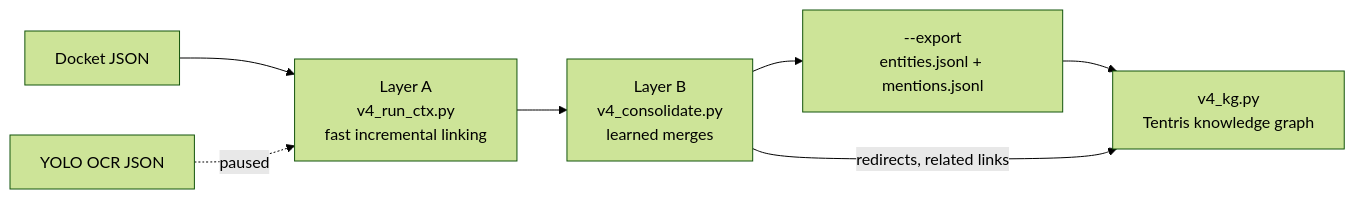
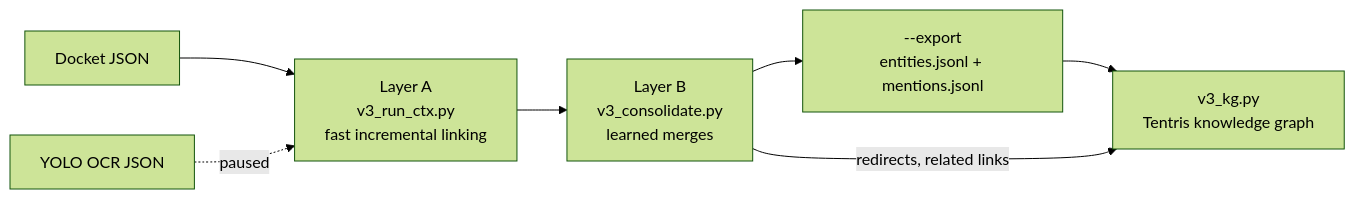
Before and after one commit to nikhilgoud003/V3_Main_EDP: the diagram in README.md, drawn with Mermaid (forest theme). The commit also changed other lines of this file and 18 other files, not shown here.

Commit message:
Rename the pipeline V4 -> V3 (old V3 is V3_overtime): v3_* files, v3: graph namespace, V3_* environment variables

````diff
--- a/README.md
+++ b/README.md
@@ -52,9 +53,9 @@
 ```mermaid
 flowchart LR
     D[Docket JSON] --> A
     Y[YOLO OCR JSON] -.paused.-> A
-    A["Layer A<br/>v4_run_ctx.py<br/>fast incremental linking"] --> B["Layer B<br/>v4_consolidate.py<br/>learned merges"]
+    A["Layer A<br/>v3_run_ctx.py<br/>fast incremental linking"] --> B["Layer B<br/>v3_consolidate.py<br/>learned merges"]
     B --> E["--export<br/>entities.jsonl + mentions.jsonl"]
-    E --> K["v4_kg.py<br/>Tentris knowledge graph"]
+    E --> K["v3_kg.py<br/>Tentris knowledge graph"]
     B -- "redirects, related links" --> K
 ```
````
